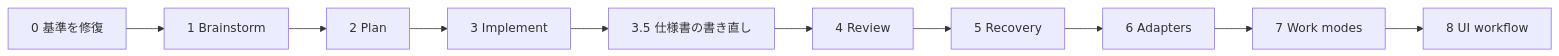
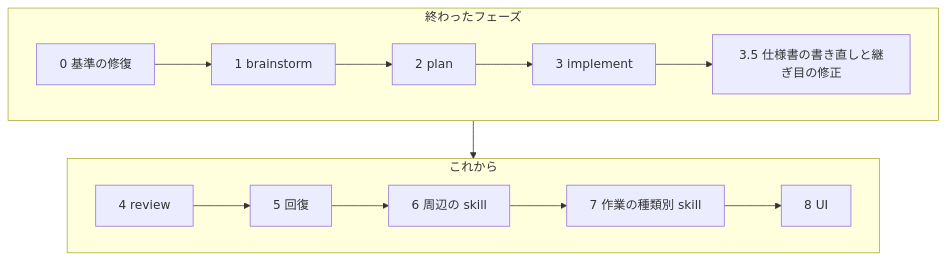
Before and after one commit to ba0918/agentic-workflow: the diagram in ROADMAP.md, drawn with Mermaid. The commit also changed other lines of this file, not shown here.

First line of the commit message:
docs: ROADMAPを初学者向けに書き直し、終わったフェーズの記録を経緯の表へまとめる

````diff
--- a/ROADMAP.md
+++ b/ROADMAP.md
@@ -131,12 +19,12 @@
 ```mermaid
-flowchart LR
-    P0[0 基準を修復] --> P1[1 Brainstorm]
-    P1 --> P2[2 Plan]
-    P2 --> P3[3 Implement]
-    P3 --> P35[3.5 仕様書の書き直し]
-    P35 --> P4[4 Review]
-    P4 --> P5[5 Recovery]
-    P5 --> P6[6 Adapters]
-    P6 --> P7[7 Work modes]
-    P7 --> P8[8 UI workflow]
+flowchart TD
+    subgraph done [終わったフェーズ]
+        direction LR
+        P0[0 基準の修復] --> P1[1 brainstorm] --> P2[2 plan] --> P3[3 implement] --> P35[3.5 仕様書の書き直しと継ぎ目の修正]
+    end
+    subgraph next [これから]
+        direction LR
+        P4[4 review] --> P5[5 回復] --> P6[6 周辺の skill] --> P7[7 作業の種類別 skill] --> P8[8 UI]
+    end
+    P35 --> P4
 ```
````
